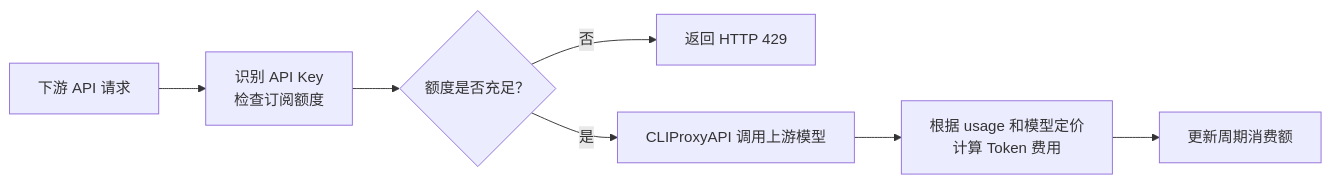
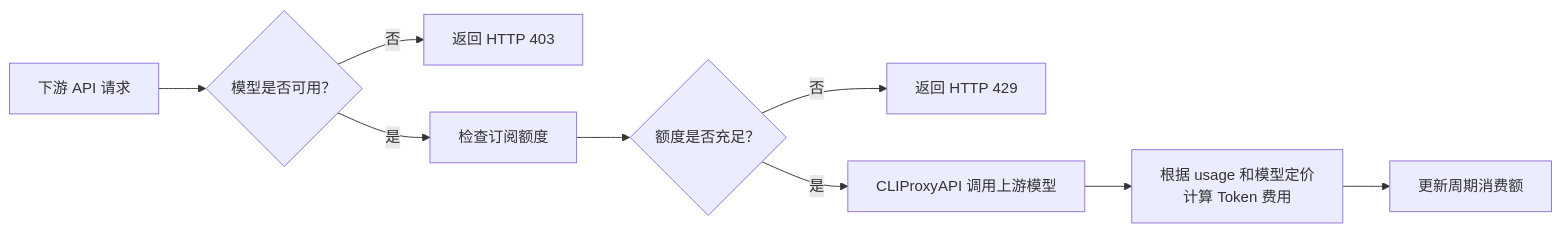
Before and after one commit to haowang02/cpa-plugin-key-billing: the diagram in README.md, drawn with Mermaid. The commit also changed other lines of this file, not shown here.

Commit message:
docs: describe per-key model access

````diff
--- a/README.md
+++ b/README.md
@@ -33,9 +34,11 @@
 ```mermaid
 flowchart LR
-    A[下游 API 请求] --> B[识别 API Key<br/>检查订阅额度]
+    A[下游 API 请求] --> M{模型是否可用？}
+    M -- 否 --> N[返回 HTTP 403]
+    M -- 是 --> B[检查订阅额度]
     B --> C{额度是否充足？}
     C -- 否 --> D[返回 HTTP 429]
     C -- 是 --> E[CLIProxyAPI 调用上游模型]
     E --> F[根据 usage 和模型定价<br/>计算 Token 费用]
     F --> G[更新周期消费额]
 ```
````
